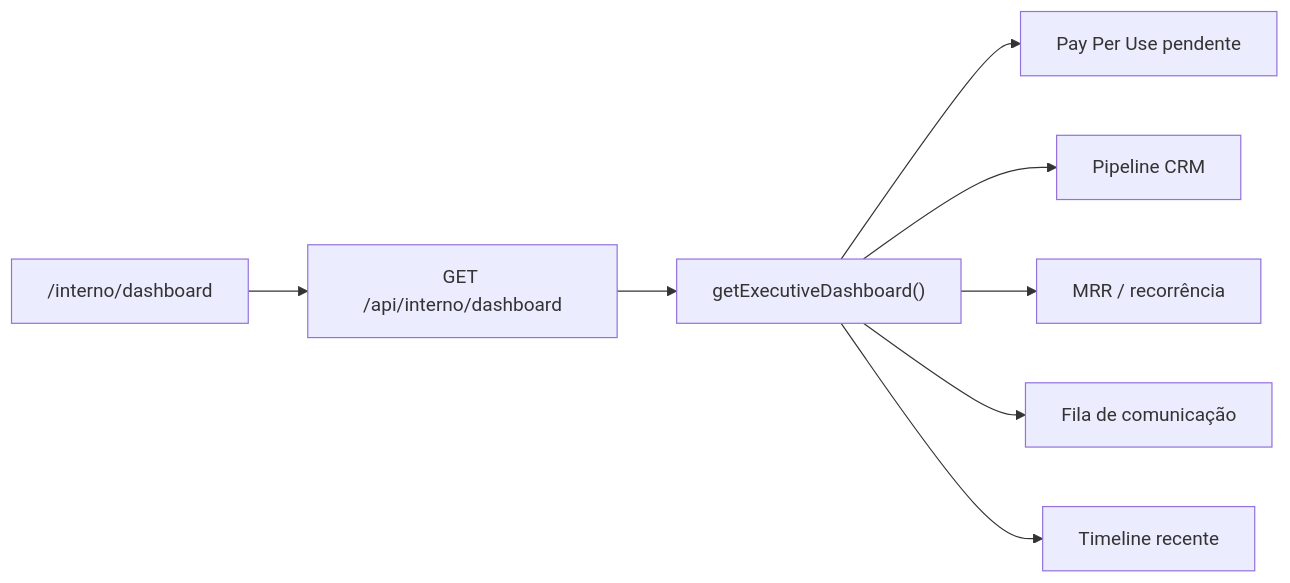
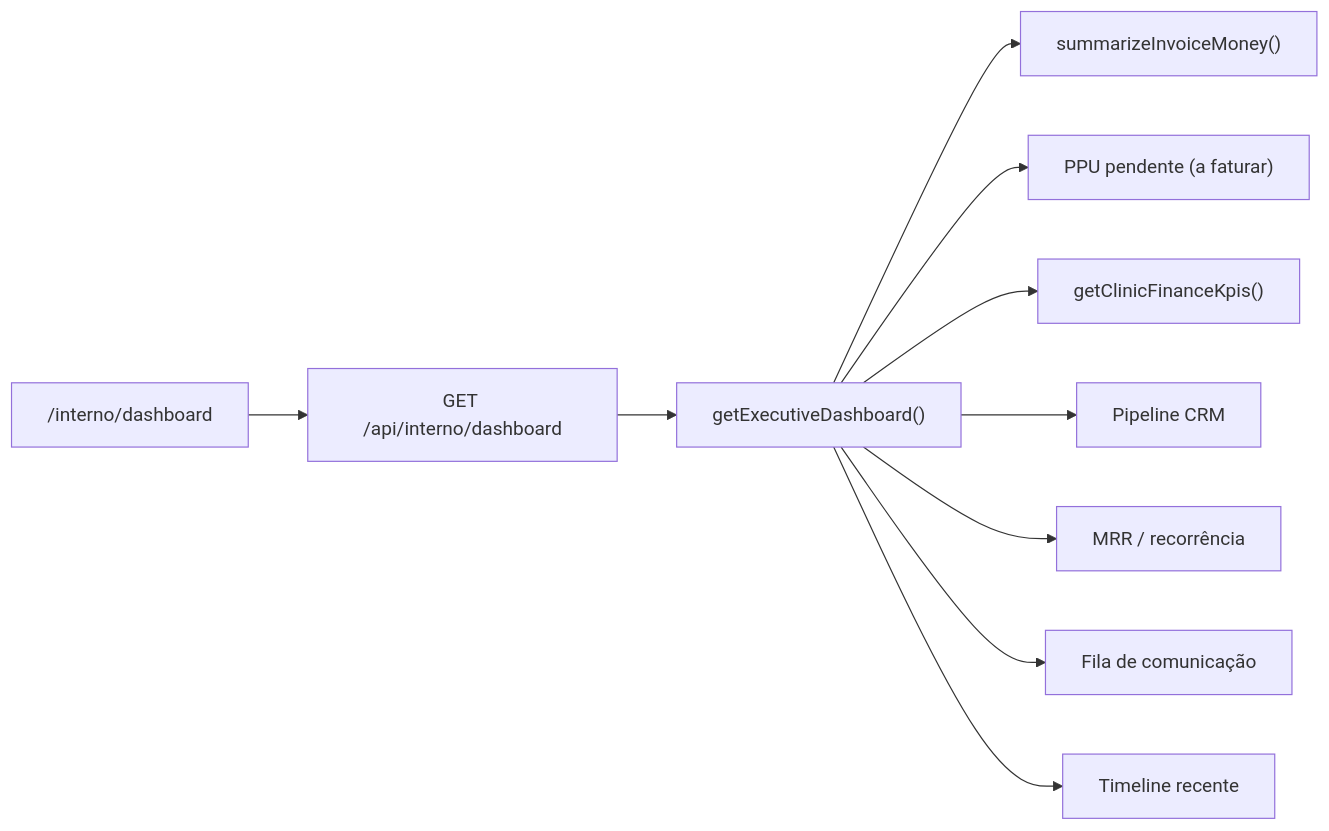
Diagram 16 of 16 in docs/plataforma/ARQUITETURA.md (Piulres/sistema-bibi), drawn with Mermaid before and after one commit. The commit also changed other lines of this file and 5 other files, not shown here.

````diff
--- a/docs/plataforma/ARQUITETURA.md
+++ b/docs/plataforma/ARQUITETURA.md
@@ -815,10 +815,12 @@
 ```mermaid
 flowchart LR
   Page["/interno/dashboard"] --> API["GET /api/interno/dashboard"]
   API --> Svc["getExecutiveDashboard()"]
-  Svc --> PP["Pay Per Use pendente"]
+  Svc --> Inv["summarizeInvoiceMoney()"]
+  Svc --> PP["PPU pendente (a faturar)"]
+  Svc --> Clinic["getClinicFinanceKpis()"]
   Svc --> CRM["Pipeline CRM"]
   Svc --> Sub["MRR / recorrência"]
   Svc --> Msg["Fila de comunicação"]
   Svc --> TL["Timeline recente"]
 ```
````
